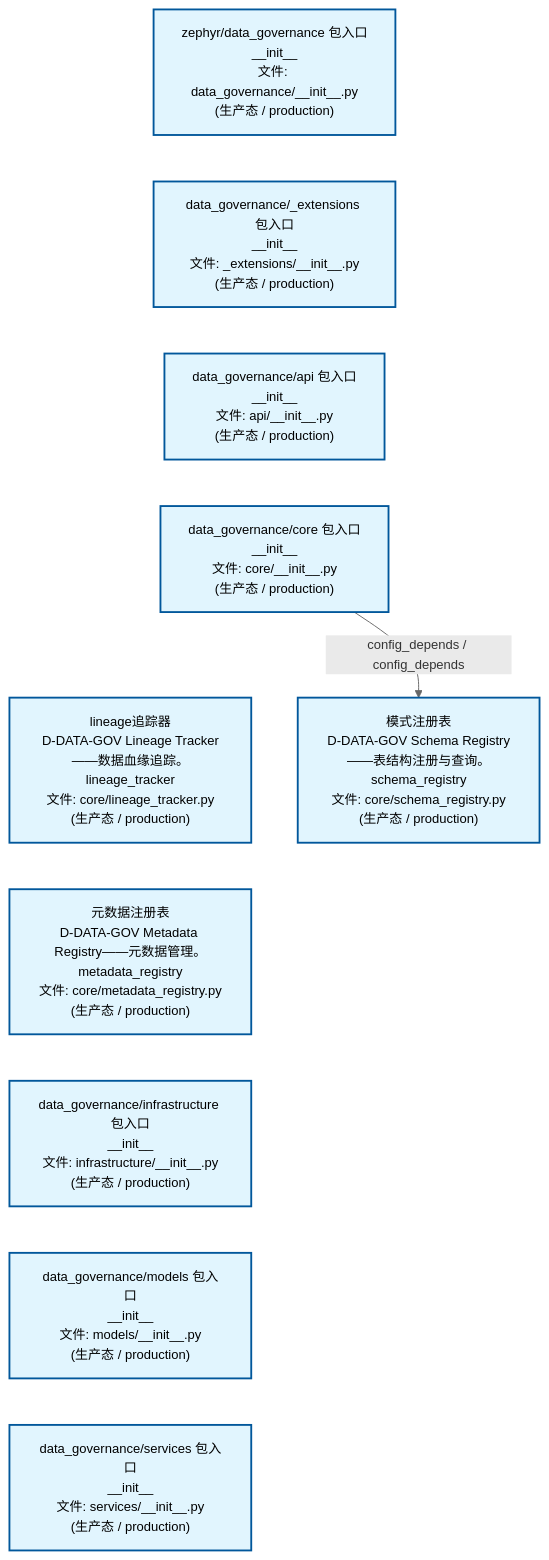
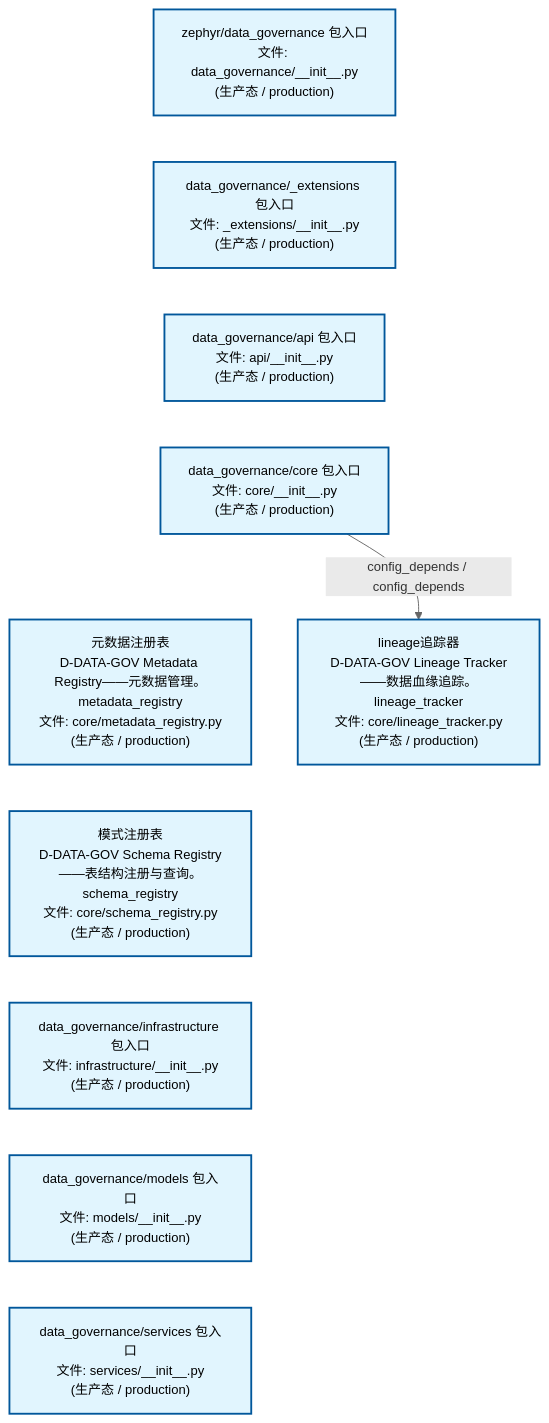
The first of 2 diagrams in docs/02_enterprise_architecture/02_domain_architecture_docs/13_d_data_gov.md (xuanFelixVan/ZephyrAlpha), drawn with Mermaid before and after one commit. The commit also changed other lines of this file and 58 other files, not shown here.

````diff
--- a/docs/02_enterprise_architecture/02_domain_architecture_docs/13_d_data_gov.md
+++ b/docs/02_enterprise_architecture/02_domain_architecture_docs/13_d_data_gov.md
@@ -53,28 +53,28 @@
 ```mermaid
 %%{init: {'theme': 'base', 'themeVariables': {'primaryColor': '#eaeaea', 'primaryTextColor': '#333333', 'primaryBorderColor': '#666666', 'lineColor': '#666666', 'secondaryColor': '#eaeaea', 'tertiaryColor': '#eaeaea', 'fontSize': '14px'}}}%%
 flowchart TD
-    src_zephyr_data_governance_init_py["zephyr/data_governance 包入口<br/>__init__<br/>文件: data_governance/__init__.py<br/>(生产态 / production)"]
-    src_zephyr_data_governance_extensions_init_py["data_governance/_extensions 包入口<br/>__init__<br/>文件: _extensions/__init__.py<br/>(生产态 / production)"]
-    src_zephyr_data_governance_api_init_py["data_governance/api 包入口<br/>__init__<br/>文件: api/__init__.py<br/>(生产态 / production)"]
-    src_zephyr_data_governance_core_init_py["data_governance/core 包入口<br/>__init__<br/>文件: core/__init__.py<br/>(生产态 / production)"]
-    src_zephyr_data_governance_core_lineage_tracker_py["lineage追踪器<br/>D-DATA-GOV Lineage Tracker——数据血缘追踪。<br/>lineage_tracker<br/>文件: core/lineage_tracker.py<br/>(生产态 / production)"]
+    src_zephyr_data_governance_init_py["zephyr/data_governance 包入口<br/>文件: data_governance/__init__.py<br/>(生产态 / production)"]
+    src_zephyr_data_governance_extensions_init_py["data_governance/_extensions 包入口<br/>文件: _extensions/__init__.py<br/>(生产态 / production)"]
+    src_zephyr_data_governance_api_init_py["data_governance/api 包入口<br/>文件: api/__init__.py<br/>(生产态 / production)"]
+    src_zephyr_data_governance_core_init_py["data_governance/core 包入口<br/>文件: core/__init__.py<br/>(生产态 / production)"]
     src_zephyr_data_governance_core_metadata_registry_py["元数据注册表<br/>D-DATA-GOV Metadata Registry——元数据管理。<br/>metadata_registry<br/>文件: core/metadata_registry.py<br/>(生产态 / production)"]
-    src_zephyr_data_governance_infrastructure_init_py["data_governance/infrastructure 包入口<br/>__init__<br/>文件: infrastructure/__init__.py<br/>(生产态 / production)"]
-    src_zephyr_data_governance_models_init_py["data_governance/models 包入口<br/>__init__<br/>文件: models/__init__.py<br/>(生产态 / production)"]
-    src_zephyr_data_governance_services_init_py["data_governance/services 包入口<br/>__init__<br/>文件: services/__init__.py<br/>(生产态 / production)"]
+    src_zephyr_data_governance_core_schema_registry_py["模式注册表<br/>D-DATA-GOV Schema Registry——表结构注册与查询。<br/>schema_registry<br/>文件: core/schema_registry.py<br/>(生产态 / production)"]
+    src_zephyr_data_governance_infrastructure_init_py["data_governance/infrastructure 包入口<br/>文件: infrastructure/__init__.py<br/>(生产态 / production)"]
+    src_zephyr_data_governance_models_init_py["data_governance/models 包入口<br/>文件: models/__init__.py<br/>(生产态 / production)"]
+    src_zephyr_data_governance_services_init_py["data_governance/services 包入口<br/>文件: services/__init__.py<br/>(生产态 / production)"]
     src_zephyr_data_governance_init_py ~~~ src_zephyr_data_governance_extensions_init_py
     src_zephyr_data_governance_extensions_init_py ~~~ src_zephyr_data_governance_api_init_py
     src_zephyr_data_governance_api_init_py ~~~ src_zephyr_data_governance_core_init_py
-    src_zephyr_data_governance_core_init_py ~~~ src_zephyr_data_governance_core_lineage_tracker_py
-    src_zephyr_data_governance_core_lineage_tracker_py ~~~ src_zephyr_data_governance_core_metadata_registry_py
-    src_zephyr_data_governance_core_metadata_registry_py ~~~ src_zephyr_data_governance_infrastructure_init_py
+    src_zephyr_data_governance_core_init_py ~~~ src_zephyr_data_governance_core_metadata_registry_py
+    src_zephyr_data_governance_core_metadata_registry_py ~~~ src_zephyr_data_governance_core_schema_registry_py
+    src_zephyr_data_governance_core_schema_registry_py ~~~ src_zephyr_data_governance_infrastructure_init_py
     src_zephyr_data_governance_infrastructure_init_py ~~~ src_zephyr_data_governance_models_init_py
     src_zephyr_data_governance_models_init_py ~~~ src_zephyr_data_governance_services_init_py
-    src_zephyr_data_governance_core_schema_registry_py["模式注册表<br/>D-DATA-GOV Schema Registry——表结构注册与查询。<br/>schema_registry<br/>文件: core/schema_registry.py<br/>(生产态 / production)"]
-    src_zephyr_data_governance_core_init_py -->|config_depends / config_depends| src_zephyr_data_governance_core_schema_registry_py
+    src_zephyr_data_governance_core_lineage_tracker_py["lineage追踪器<br/>D-DATA-GOV Lineage Tracker——数据血缘追踪。<br/>lineage_tracker<br/>文件: core/lineage_tracker.py<br/>(生产态 / production)"]
+    src_zephyr_data_governance_core_init_py -->|config_depends / config_depends| src_zephyr_data_governance_core_lineage_tracker_py
     classDef production fill:#e1f5fe,stroke:#01579b,stroke-width:2px,color:#000
     classDef design fill:#fff3e0,stroke:#e65100,stroke-width:2px,color:#000,stroke-dasharray: 5 5
     classDef external_prod fill:#e8f4fd,stroke:#0277bd,stroke-width:1px,color:#000
     classDef external_design fill:#fff8e7,stroke:#ef6c00,stroke-width:1px,color:#000,stroke-dasharray: 5 5
     class src_zephyr_data_governance_init_py,src_zephyr_data_governance_extensions_init_py,src_zephyr_data_governance_api_init_py,src_zephyr_data_governance_core_init_py,src_zephyr_data_governance_core_lineage_tracker_py,src_zephyr_data_governance_core_metadata_registry_py,src_zephyr_data_governance_core_schema_registry_py,src_zephyr_data_governance_infrastructure_init_py,src_zephyr_data_governance_models_init_py,src_zephyr_data_governance_services_init_py production
 ```
````
